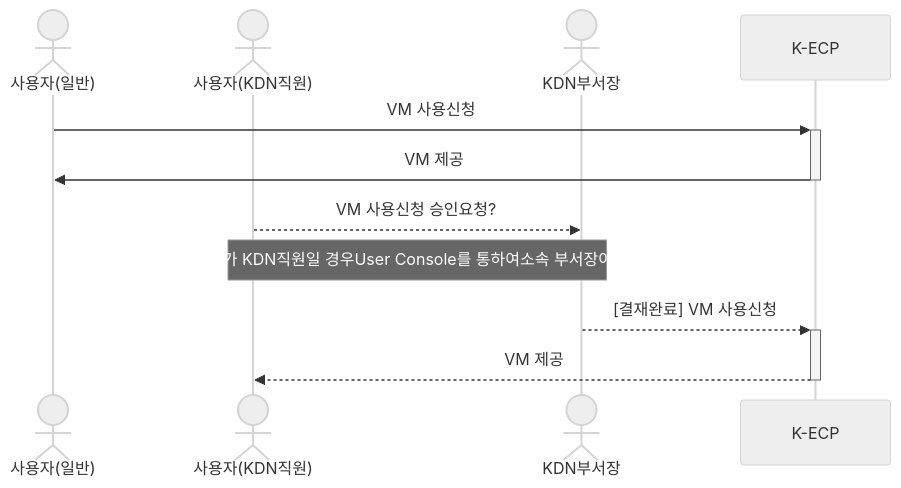
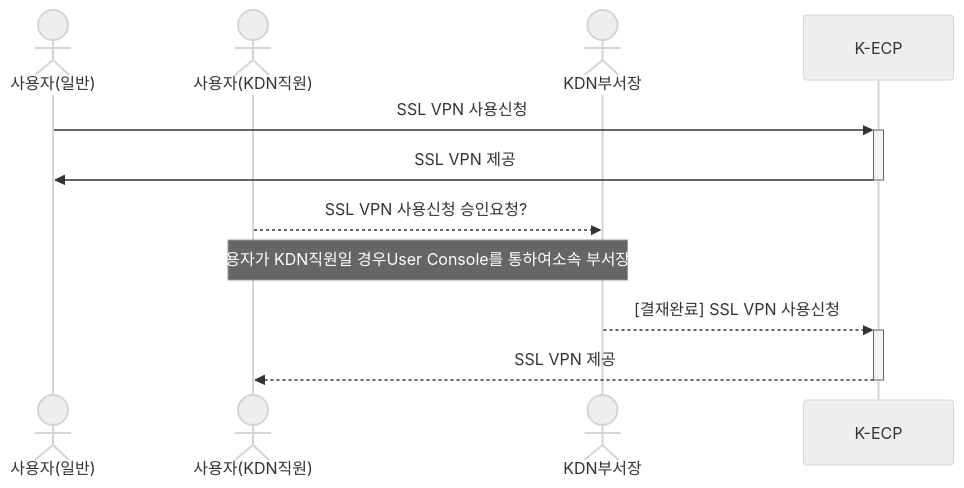
One commit to KDN-ECP/guidebooks changed the diagram in mdfiles/SSLVPN_started.md. Above: the diagram before and after it, drawn with Mermaid (neutral theme). The commit also changed other lines of this file and 13 other files, not shown here.

````diff
--- a/mdfiles/SSLVPN_started.md
+++ b/mdfiles/SSLVPN_started.md
@@ -36,12 +36,12 @@
 ```mermaid
 sequenceDiagram
   actor 사용자(일반)
   actor 사용자(KDN직원)
   actor KDN부서장
-  사용자(일반) ->>+ K-ECP: VM 사용신청
-  K-ECP ->>- 사용자(일반): VM 제공
-  사용자(KDN직원) -->> KDN부서장: VM 사용신청 승인요청?
-  Note over 사용자(KDN직원), KDN부서장: VM 사용자가 KDN직원일 경우User Console를 통하여소속 부서장이 결재 진행.
-  KDN부서장 -->>+ K-ECP: [결재완료] VM 사용신청
-  K-ECP -->>- 사용자(KDN직원): VM 제공
+  사용자(일반) ->>+ K-ECP: SSL VPN 사용신청
+  K-ECP ->>- 사용자(일반): SSL VPN 제공
+  사용자(KDN직원) -->> KDN부서장: SSL VPN 사용신청 승인요청?
+  Note over 사용자(KDN직원), KDN부서장: SSL VPN 사용자가 KDN직원일 경우User Console를 통하여소속 부서장이 결재 진행.
+  KDN부서장 -->>+ K-ECP: [결재완료] SSL VPN 사용신청
+  K-ECP -->>- 사용자(KDN직원): SSL VPN 제공
 ```
````
